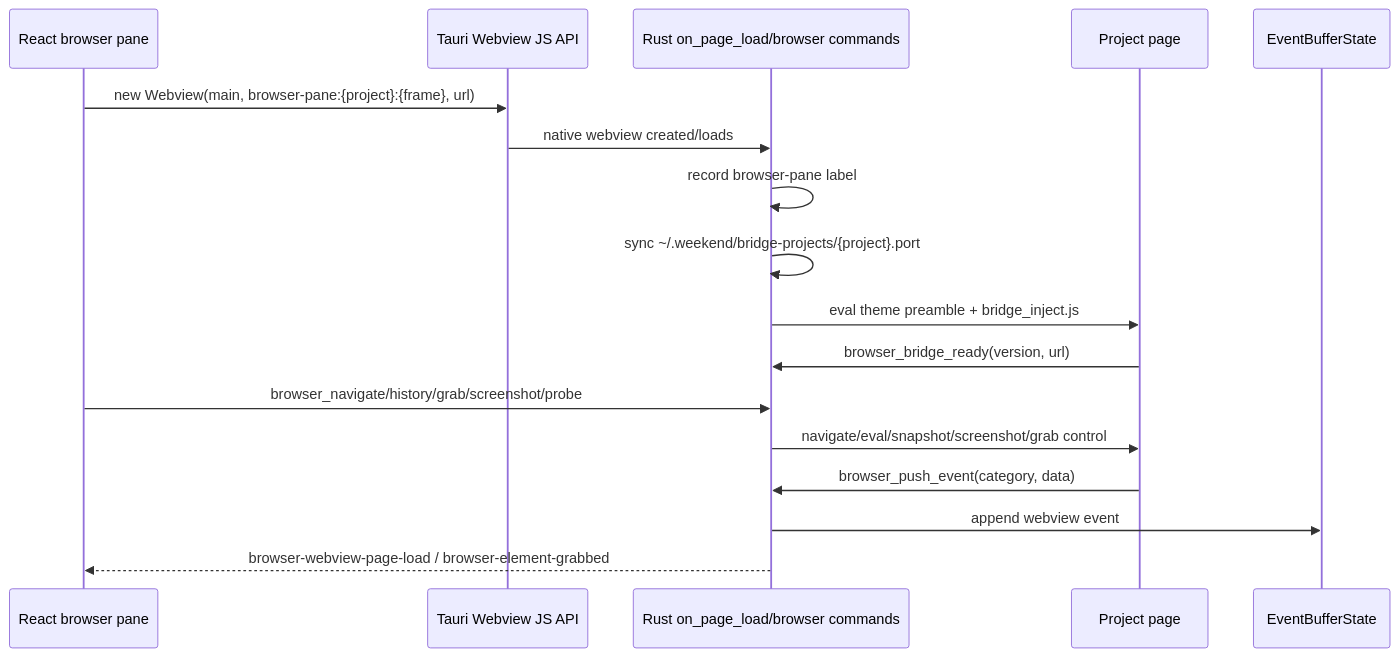
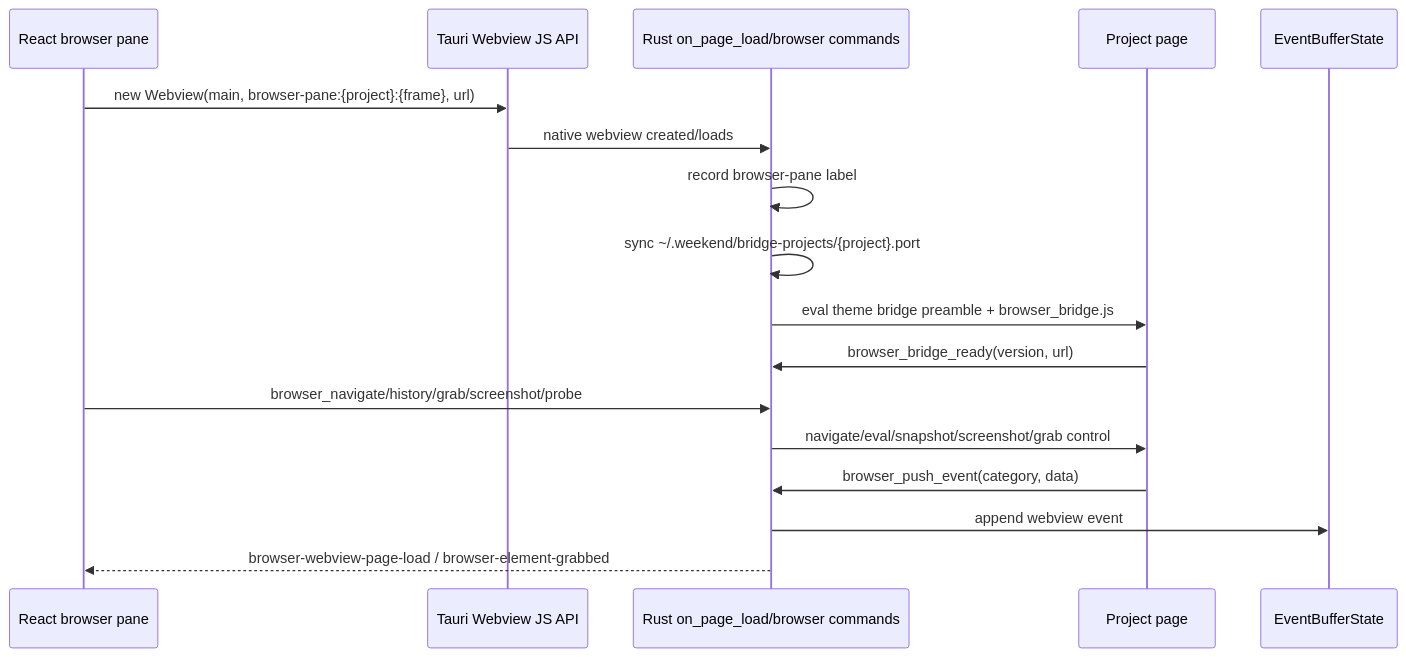
The seventh of 14 diagrams in docs/rust-shell-surfaces.md (olegakbarov/weekend.software), drawn with Mermaid before and after one commit. The commit also changed other lines of this file and 150 other files, not shown here.

````diff
--- a/docs/rust-shell-surfaces.md
+++ b/docs/rust-shell-surfaces.md
@@ -279,20 +279,20 @@
 ```mermaid
 sequenceDiagram
   participant React as React browser pane
   participant WebviewAPI as Tauri Webview JS API
   participant Rust as Rust on_page_load/browser commands
   participant Page as Project page
   participant Buffer as EventBufferState
 
   React->>WebviewAPI: new Webview(main, browser-pane:{project}:{frame}, url)
   WebviewAPI->>Rust: native webview created/loads
   Rust->>Rust: record browser-pane label
   Rust->>Rust: sync ~/.weekend/bridge-projects/{project}.port
-  Rust->>Page: eval theme preamble + bridge_inject.js
+  Rust->>Page: eval theme bridge preamble + browser_bridge.js
   Page->>Rust: browser_bridge_ready(version, url)
   React->>Rust: browser_navigate/history/grab/screenshot/probe
   Rust->>Page: navigate/eval/snapshot/screenshot/grab control
   Page->>Rust: browser_push_event(category, data)
   Rust->>Buffer: append webview event
   Rust-->>React: browser-webview-page-load / browser-element-grabbed
 ```
````
